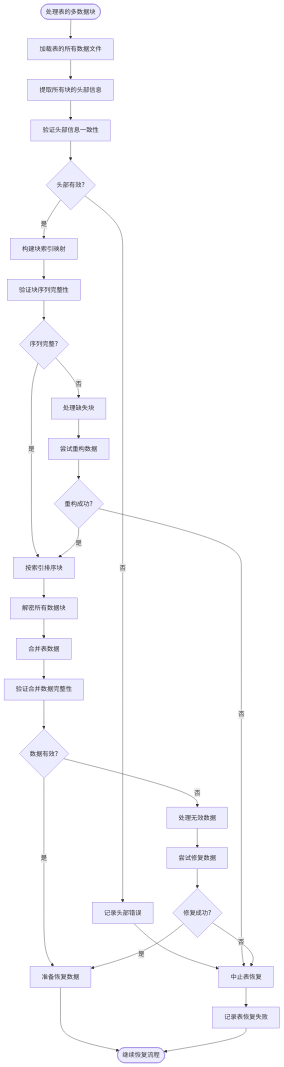
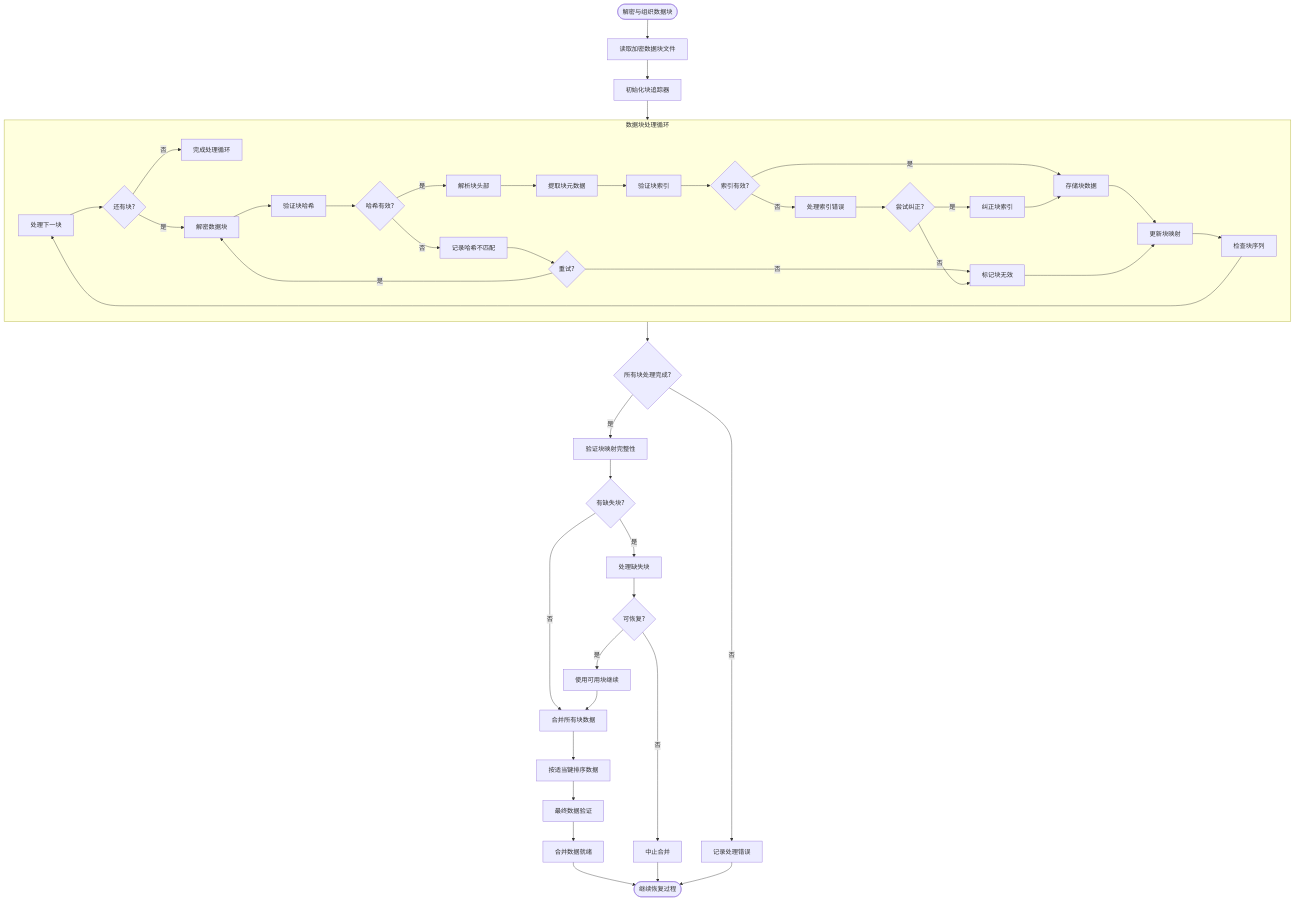
Before and after one commit to yingjianzh/iodraw-files: the diagram in all/未命名-52.md, drawn with Mermaid.

Commit message:
2025-05-09 18:25:00 update

````diff
--- a/all/未命名-52.md
+++ b/all/未命名-52.md
@@ -1,44 +1,62 @@
 ```mermaid
 flowchart TD
-    Start([处理表的多数据块]) --> LoadFilesForTable[加载表的所有数据文件]
-    LoadFilesForTable --> ExtractHeaders[提取所有块的头部信息]
+    Start([解密与组织数据块]) --> ReadEncryptedBlocks[读取加密数据块文件]
+    ReadEncryptedBlocks --> InitBlockTracker[初始化块追踪器]
     
-    ExtractHeaders --> ValidateHeaders[验证头部信息一致性]
-    ValidateHeaders --> HeadersValid{头部有效?}
+    subgraph BlockProcessing [数据块处理循环]
+        ProcessNextBlock[处理下一块] --> HasMoreBlocks{还有块?}
+        HasMoreBlocks -->|否| CompleteProcessing[完成处理循环]
+        HasMoreBlocks -->|是| DecryptBlock[解密数据块]
+        
+        DecryptBlock --> VerifyBlockHash[验证块哈希]
+        VerifyBlockHash --> HashValid{哈希有效?}
+        HashValid -->|否| LogHashMismatch[记录哈希不匹配]
+        HashValid -->|是| ParseBlockHeader[解析块头部]
+        
+        ParseBlockHeader --> ExtractBlockMetadata[提取块元数据]
+        ExtractBlockMetadata --> ValidateBlockIndex[验证块索引]
+        ValidateBlockIndex --> IndexValid{索引有效?}
+        
+        IndexValid -->|否| HandleIndexError[处理索引错误]
+        IndexValid -->|是| StoreBlockData[存储块数据]
+        
+        StoreBlockData --> UpdateBlockMap[更新块映射]
+        UpdateBlockMap --> CheckBlockSequence[检查块序列]
+        CheckBlockSequence --> ProcessNextBlock
+        
+        LogHashMismatch --> RetryDecryption{重试?}
+        RetryDecryption -->|是| DecryptBlock
+        RetryDecryption -->|否| MarkInvalid[标记块无效]
+        
+        HandleIndexError --> AttemptCorrection{尝试纠正?}
+        AttemptCorrection -->|是| CorrectIndex[纠正块索引]
+        AttemptCorrection -->|否| MarkInvalid
+        
+        CorrectIndex --> StoreBlockData
+        MarkInvalid --> UpdateBlockMap
+    end
     
-    HeadersValid -->|否| LogHeaderError[记录头部错误]
-    HeadersValid -->|是| BuildBlocksMap[构建块索引映射]
+    InitBlockTracker --> BlockProcessing
     
-    BuildBlocksMap --> VerifyBlocksSequence[验证块序列完整性]
-    VerifyBlocksSequence --> SequenceComplete{序列完整?}
+    BlockProcessing --> AllBlocksProcessed{所有块处理完成?}
+    AllBlocksProcessed -->|是| ValidateBlockMap[验证块映射完整性]
+    AllBlocksProcessed -->|否| LogProcessingError[记录处理错误]
     
-    SequenceComplete -->|否| HandleMissingBlocks[处理缺失块]
-    SequenceComplete -->|是| SortBlocksByIndex[按索引排序块]
+    ValidateBlockMap --> MissingBlocks{有缺失块?}
+    MissingBlocks -->|否| MergeAllBlocks[合并所有块数据]
+    MissingBlocks -->|是| HandleMissingBlocks[处理缺失块]
     
-    SortBlocksByIndex --> DecryptBlocks[解密所有数据块]
-    DecryptBlocks --> MergeTableData[合并表数据]
+    HandleMissingBlocks --> Recoverable{可恢复?}
+    Recoverable -->|是| ContinueWithAvailable[使用可用块继续]
+    Recoverable -->|否| AbortMerge[中止合并]
     
-    MergeTableData --> ValidateMergedData[验证合并数据完整性]
-    ValidateMergedData --> DataValid{数据有效?}
+    ContinueWithAvailable --> MergeAllBlocks
+    MergeAllBlocks --> SortMergedData[按适当键排序数据]
+    SortMergedData --> FinalValidation[最终数据验证]
     
-    DataValid -->|否| HandleInvalidData[处理无效数据]
-    DataValid -->|是| PrepareForRestore[准备恢复数据]
+    FinalValidation --> DataReady[合并数据就绪]
+    DataReady --> End([继续恢复过程])
     
-    PrepareForRestore --> End([继续恢复流程])
-    
-    LogHeaderError --> AbortTableRestore[中止表恢复]
-    HandleMissingBlocks --> AttemptReconstruction[尝试重构数据]
-    AttemptReconstruction --> ReconstructionSuccess{重构成功?}
-    
-    ReconstructionSuccess -->|是| SortBlocksByIndex
-    ReconstructionSuccess -->|否| AbortTableRestore
-    
-    HandleInvalidData --> AttemptRepair[尝试修复数据]
-    AttemptRepair --> RepairSuccess{修复成功?}
-    
-    RepairSuccess -->|是| PrepareForRestore
-    RepairSuccess -->|否| AbortTableRestore
-    
-    AbortTableRestore --> NotifyTableError[记录表恢复失败]
-    NotifyTableError --> End
+    LogProcessingError --> End
+    AbortMerge --> End
 ```
````
